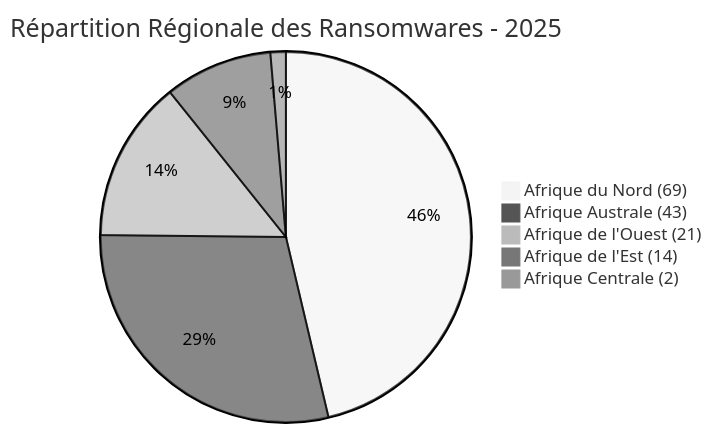
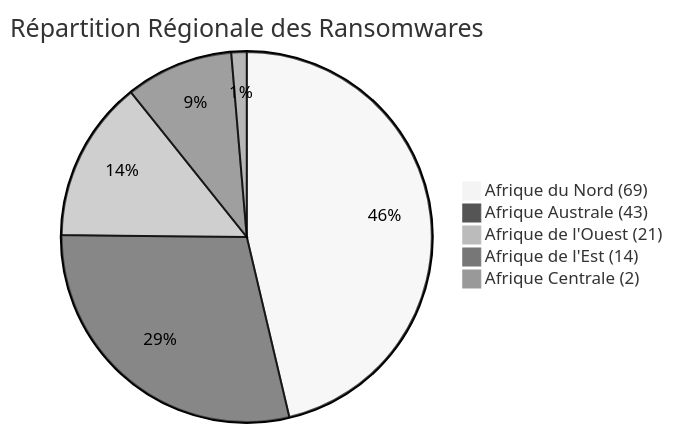
The eighth of 10 diagrams in statistics/2025/README_FR.md (Hatchepsoute/AFRINTEL), drawn with Mermaid (neutral theme) before and after one commit. The commit also changed other lines of this file, not shown here.

````diff
--- a/statistics/2025/README_FR.md
+++ b/statistics/2025/README_FR.md
@@ -222,8 +223,8 @@
 ```mermaid
-pie title Répartition Régionale des Ransomwares - 2025
+pie title Répartition Régionale des Ransomwares
     "Afrique du Nord (69)" : 69
     "Afrique Australe (43)" : 43
     "Afrique de l'Ouest (21)" : 21
     "Afrique de l'Est (14)" : 14
     "Afrique Centrale (2)" : 2
 ```
````
